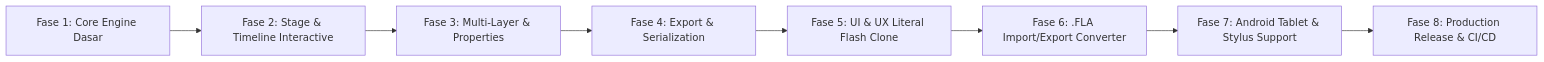
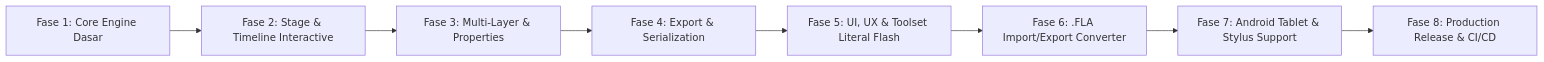
Before and after one commit to boneboxid/REanimate: the second of 2 diagrams in ROADMAP.md, drawn with Mermaid. The commit also changed other lines of this file and 83 other files, not shown here.

````diff
--- a/ROADMAP.md
+++ b/ROADMAP.md
@@ -116,10 +149,10 @@
 ```mermaid
 flowchart LR
     Fase1["Fase 1: Core Engine Dasar"] --> Fase2["Fase 2: Stage & Timeline Interactive"]
     Fase2 --> Fase3["Fase 3: Multi-Layer & Properties"]
     Fase3 --> Fase4["Fase 4: Export & Serialization"]
-    Fase4 --> Fase5["Fase 5: UI & UX Literal Flash Clone"]
+    Fase4 --> Fase5["Fase 5: UI, UX & Toolset Literal Flash"]
     Fase5 --> Fase6["Fase 6: .FLA Import/Export Converter"]
     Fase6 --> Fase7["Fase 7: Android Tablet & Stylus Support"]
     Fase7 --> Fase8["Fase 8: Production Release & CI/CD"]
 ```
````
